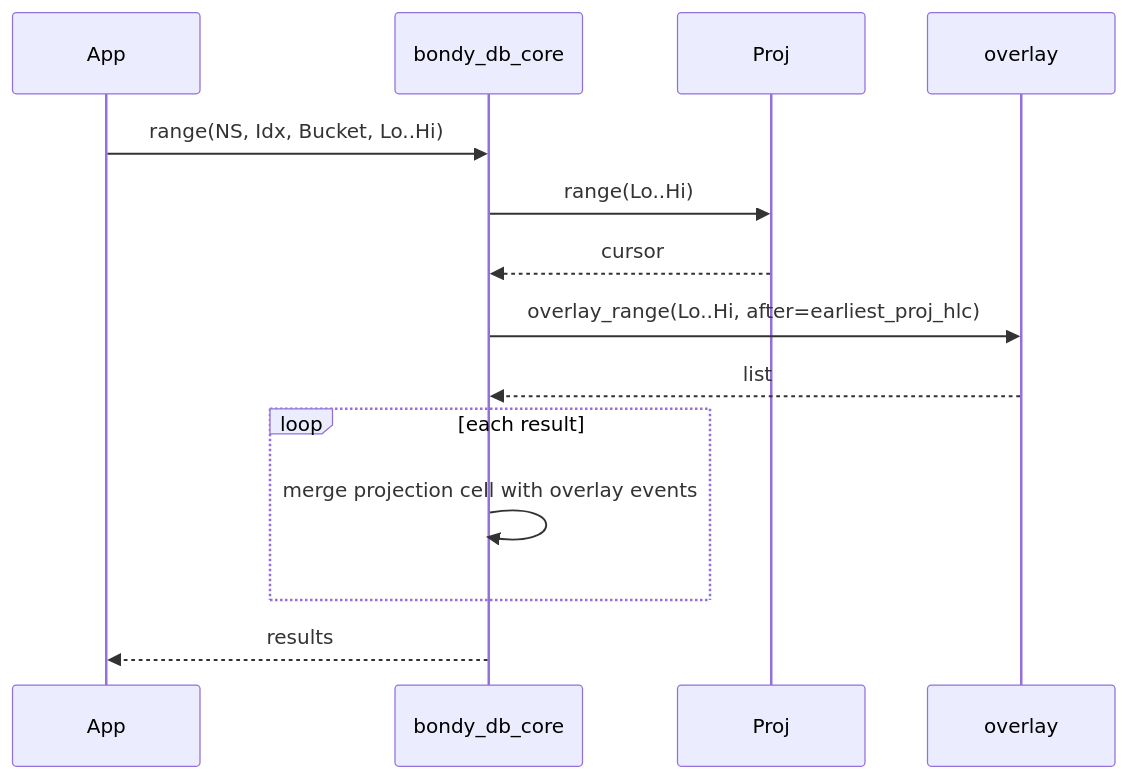
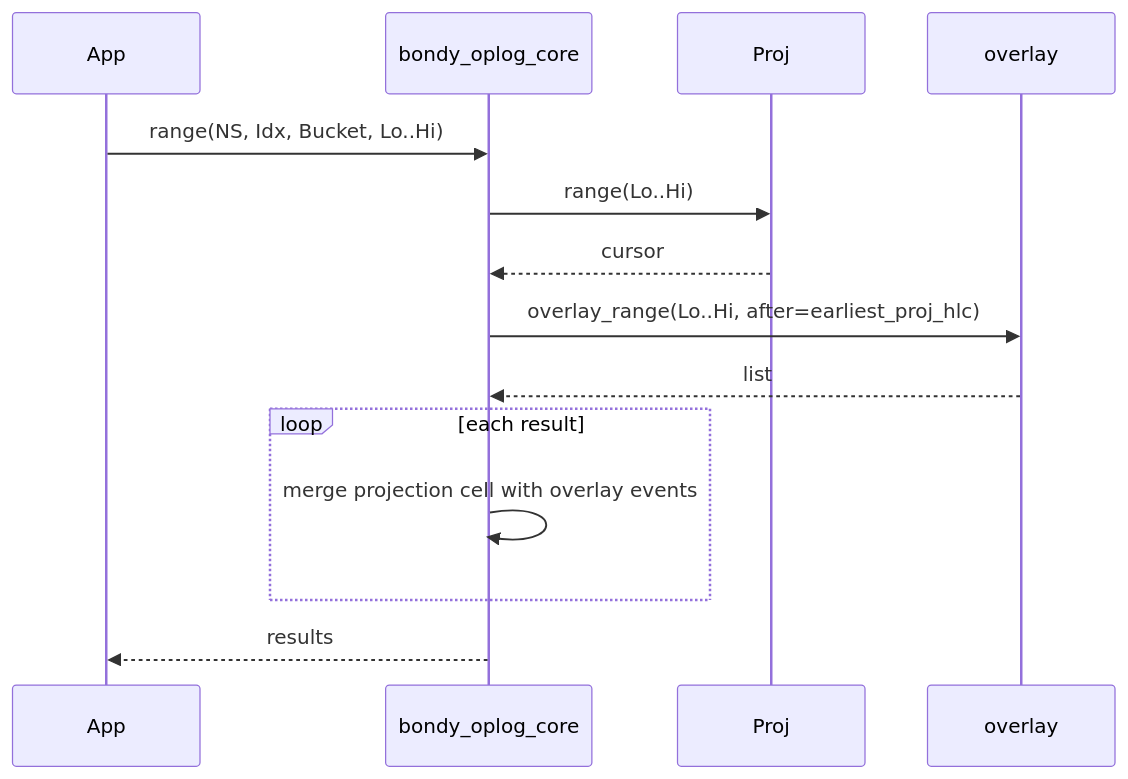
Before and after one commit to bondy-io/bondy_mst: the ninth of 10 diagrams in doc_extras/architecture/03_bondy_db.md, drawn with Mermaid. The commit also changed other lines of this file and 265 other files, not shown here.

````diff
--- a/doc_extras/architecture/03_bondy_db.md
+++ b/doc_extras/architecture/03_bondy_db.md
@@ -340,17 +340,17 @@
 ```mermaid
 sequenceDiagram
     participant App
-    participant Core as bondy_db_core
+    participant Core as bondy_oplog_core
     participant Proj
     participant Ov as overlay
 
     App->>Core: range(NS, Idx, Bucket, Lo..Hi)
     Core->>Proj: range(Lo..Hi)
     Proj-->>Core: cursor
     Core->>Ov: overlay_range(Lo..Hi, after=earliest_proj_hlc)
     Ov-->>Core: list
     loop each result
         Core->>Core: merge projection cell with overlay events
     end
     Core-->>App: results
 ```
````
